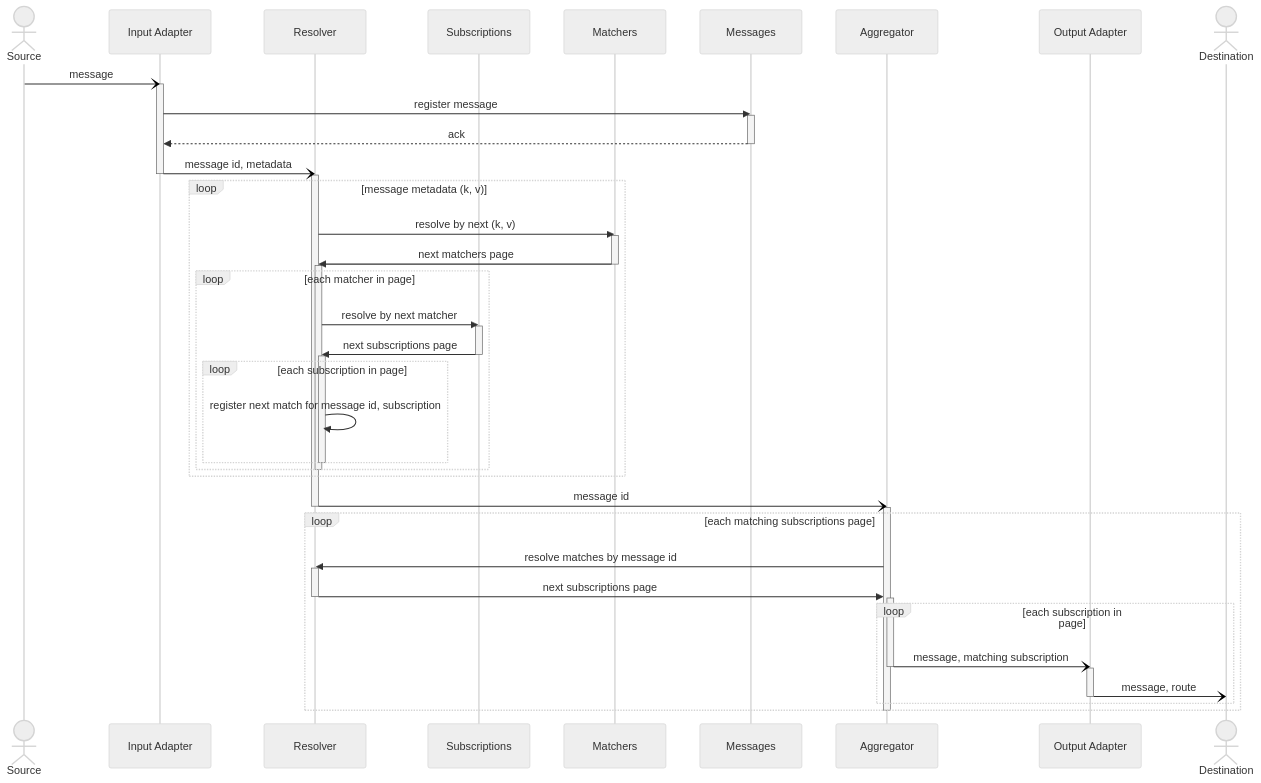
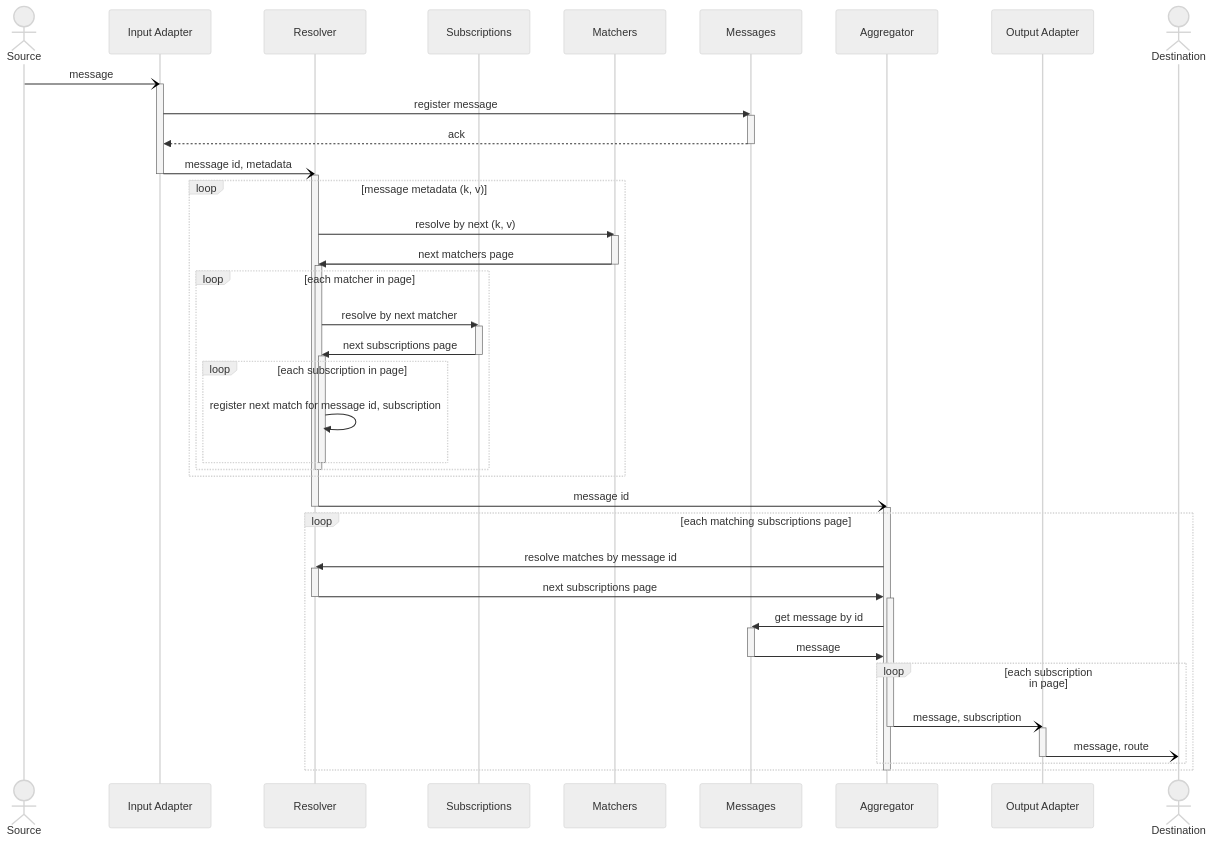
The diagram in profile/README.md (awakari/.github), drawn with Mermaid before and after one commit.

````diff
--- a/profile/README.md
+++ b/profile/README.md
@@ -13,73 +13,79 @@
 ```mermaid
 %%{init: {'theme': 'neutral' } }%%
 sequenceDiagram
 
     actor Source
     participant Input Adapter
     participant Resolver
     participant Subscriptions
     participant Matchers
     participant Messages
     participant Aggregator
     participant Output Adapter
     actor Destination
 
     Source-)Input Adapter: message
     activate Input Adapter
     
     Input Adapter->>Messages: register message
     activate Messages
     Messages-->>Input Adapter: ack
     deactivate Messages
     
     Input Adapter-)Resolver: message id, metadata
     deactivate Input Adapter
     activate Resolver
     
     loop message metadata (k, v)
     
         Resolver->>Matchers: resolve by next (k, v)
         activate Matchers
         Matchers->>Resolver: next matchers page
         deactivate Matchers
         
         activate Resolver
         loop each matcher in page
             
             Resolver->>Subscriptions: resolve by next matcher
             activate Subscriptions
             Subscriptions->>Resolver: next subscriptions page
             deactivate Subscriptions
             
             activate Resolver
             loop each subscription in page
                 Resolver->>Resolver: register next match for message id, subscription
             end
             deactivate Resolver
             
         end
         deactivate Resolver
     end
     
     Resolver-)Aggregator: message id
     deactivate Resolver
 
     activate Aggregator
     loop each matching subscriptions page
+        
         Aggregator->>Resolver: resolve matches by message id
         activate Resolver
         Resolver->>Aggregator: next subscriptions page
         deactivate Resolver
+        
         activate Aggregator
+        Aggregator->>Messages: get message by id
+        activate Messages
+        Messages->>Aggregator: message
+        deactivate Messages
         
         loop each subscription in page
-            Aggregator-)Output Adapter: message, matching subscription
+            Aggregator-)Output Adapter: message, subscription
             deactivate Aggregator
             activate Output Adapter
             Output Adapter-)Destination: message, route
             deactivate Output Adapter
         end
         
     end
     deactivate Aggregator
 ```
````
